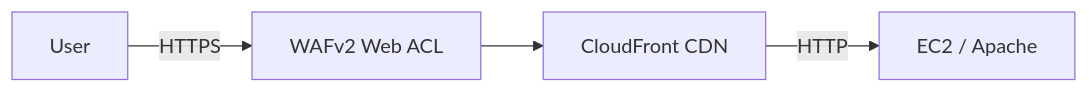
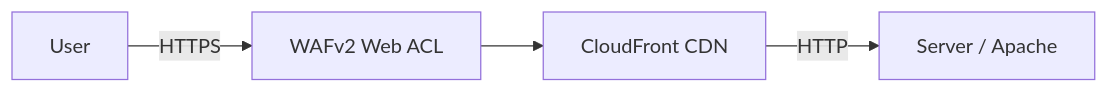
The second of 3 diagrams in README-DEV.md (Joulss/ddphotos), drawn with Mermaid before and after one commit. The commit also changed other lines of this file and 10 other files, not shown here.

````diff
--- a/README-DEV.md
+++ b/README-DEV.md
@@ -823,6 +884,6 @@
 ```mermaid
 flowchart LR
     User -->|HTTPS| WAF["WAFv2 Web ACL"]
     WAF --> CF["CloudFront CDN"]
-    CF -->|HTTP| Apache["EC2 / Apache"]
+    CF -->|HTTP| Apache["Server / Apache"]
 ```
````
